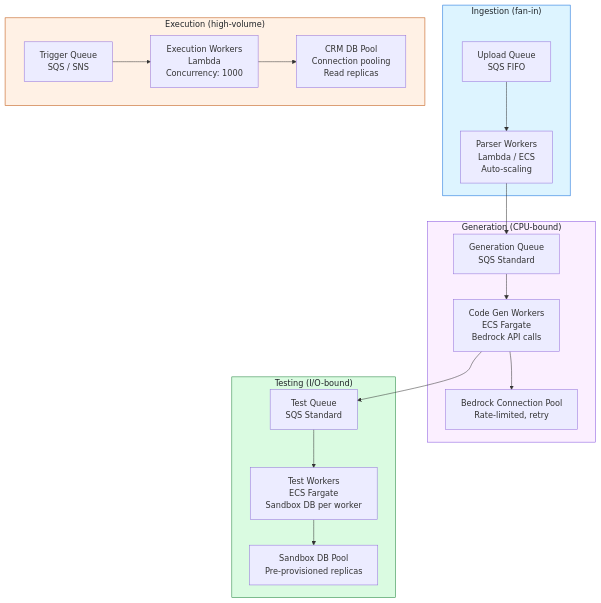
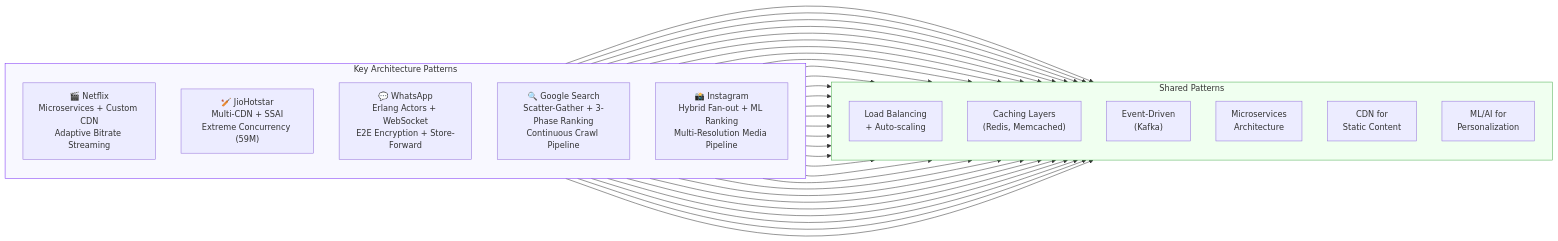
Before and after one commit to KiZamaDo/KiZamaDo.github.io: diagram 14 of 14 in README.md, drawn with Mermaid. The commit also changed other lines of this file, not shown here.

Commit message:
changed code

```diff
--- a/README.md
+++ b/README.md
@@ -648,41 +1592,26 @@
-  <div class="mermaid">
-graph TB
-    subgraph Ingestion["Ingestion (fan-in)"]
-        UPLOAD_Q["Upload Queue<br/>SQS FIFO"]
-        PARSE_WORKERS["Parser Workers<br/>Lambda / ECS<br/>Auto-scaling"]
+        <pre class="mermaid">
+graph LR
+    subgraph Patterns["Key Architecture Patterns"]
+        direction TB
+        P1["🎬 Netflix<br/>Microservices + Custom CDN<br/>Adaptive Bitrate Streaming"]
+        P2["🏏 JioHotstar<br/>Multi-CDN + SSAI<br/>Extreme Concurrency (59M)"]
+        P3["💬 WhatsApp<br/>Erlang Actors + WebSocket<br/>E2E Encryption + Store-Forward"]
+        P4["🔍 Google Search<br/>Scatter-Gather + 3-Phase Ranking<br/>Continuous Crawl Pipeline"]
+        P5["📸 Instagram<br/>Hybrid Fan-out + ML Ranking<br/>Multi-Resolution Media Pipeline"]
     end
 
-    subgraph Generation["Generation (CPU-bound)"]
-        GEN_Q["Generation Queue<br/>SQS Standard"]
-        GEN_WORKERS["Code Gen Workers<br/>ECS Fargate<br/>Bedrock API calls"]
-        BEDROCK_POOL["Bedrock Connection Pool<br/>Rate-limited, retry"]
+    subgraph CommonPatterns["Shared Patterns"]
+        direction TB
+        C1["Load Balancing<br/>+ Auto-scaling"]
+        C2["Caching Layers<br/>(Redis, Memcached)"]
+        C3["Event-Driven<br/>(Kafka)"]
+        C4["Microservices<br/>Architecture"]
+        C5["CDN for<br/>Static Content"]
+        C6["ML/AI for<br/>Personalization"]
     end
 
-    subgraph Testing["Testing (I/O-bound)"]
-        TEST_Q["Test Queue<br/>SQS Standard"]
-        TEST_WORKERS["Test Workers<br/>ECS Fargate<br/>Sandbox DB per worker"]
-        DB_POOL["Sandbox DB Pool<br/>Pre-provisioned replicas"]
-    end
+    P1 & P2 & P3 & P4 & P5 --> C1 & C2 & C3 & C4 & C5 & C6
 
-    subgraph Execution["Execution (high-volume)"]
-        TRIGGER_Q["Trigger Queue<br/>SQS / SNS"]
-        EXEC_WORKERS["Execution Workers<br/>Lambda<br/>Concurrency: 1000"]
-        CRM_POOL["CRM DB Pool<br/>Connection pooling<br/>Read replicas"]
-    end
-
-    UPLOAD_Q --> PARSE_WORKERS
-    PARSE_WORKERS --> GEN_Q
-    GEN_Q --> GEN_WORKERS
-    GEN_WORKERS --> BEDROCK_POOL
-    GEN_WORKERS --> TEST_Q
-    TEST_Q --> TEST_WORKERS
-    TEST_WORKERS --> DB_POOL
-
-    TRIGGER_Q --> EXEC_WORKERS
-    EXEC_WORKERS --> CRM_POOL
-
-    style Ingestion fill:#ddf4ff,stroke:#0969da,color:#1f2328
-    style Generation fill:#fbefff,stroke:#8250df,color:#1f2328
-    style Testing fill:#dafbe1,stroke:#1a7f37,color:#1f2328
-    style Execution fill:#fff1e5,stroke:#bc4c00,color:#1f2328
-  </div>
+    style Patterns fill:#f8f8ff,stroke:#7b2ff7,color:#333
+    style CommonPatterns fill:#f0fff0,stroke:#4caf50,color:#333
+        </pre>
```
